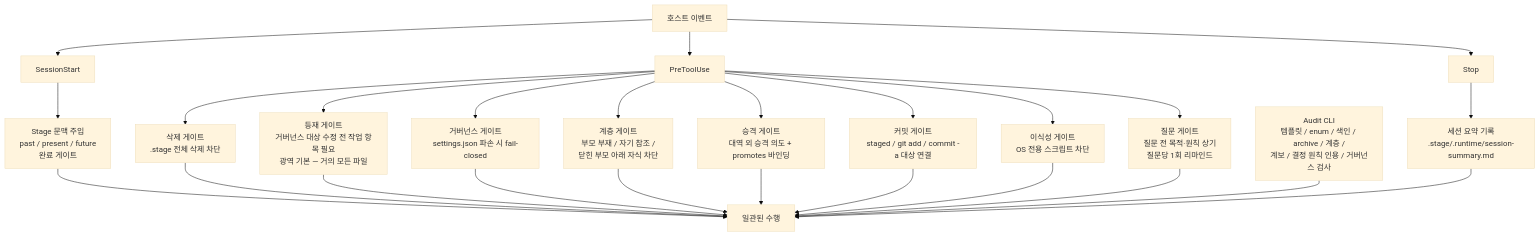
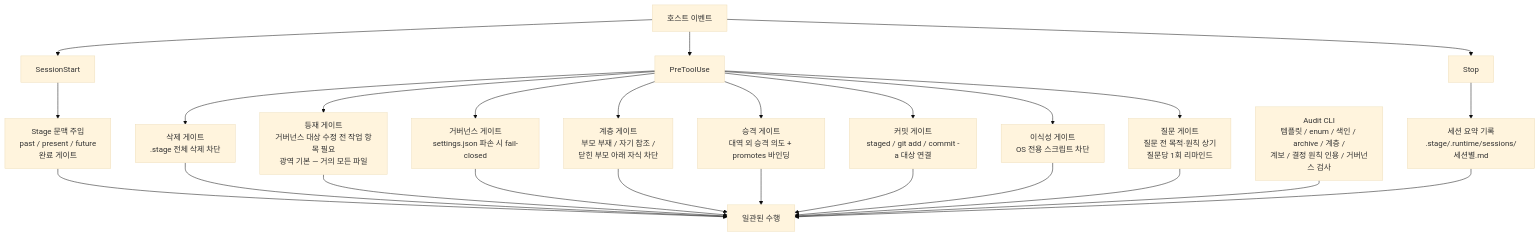
Diagram 16 of 16 in stage/docs/BLUEPRINT.md (noory-code/noory-ai), drawn with Mermaid (base theme) before and after one commit. The commit also changed 10 other files, not shown here.

First line of the commit message:
feat(stage): multi-session .runtime/ concurrency (P20)

````diff
--- a/stage/docs/BLUEPRINT.md
+++ b/stage/docs/BLUEPRINT.md
@@ -459,35 +459,35 @@
 ```mermaid
 flowchart TB
   Event["호스트 이벤트"]
 
   Event --> SessionStart["SessionStart"]
   Event --> PreToolUse["PreToolUse"]
   Event --> Stop["Stop"]
 
   SessionStart --> Inject["Stage 문맥 주입\npast / present / future\n완료 게이트"]
 
   PreToolUse --> DeleteGate["삭제 게이트\n.stage 전체 삭제 차단"]
   PreToolUse --> RegistrationGate["등재 게이트\n거버넌스 대상 수정 전 작업 항목 필요\n광역 기본 — 거의 모든 파일"]
   PreToolUse --> GovernanceGate["거버넌스 게이트\nsettings.json 파손 시 fail-closed"]
   PreToolUse --> HierarchyGate["계층 게이트\n부모 부재 / 자기 참조 /\n닫힌 부모 아래 자식 차단"]
   PreToolUse --> PromotionGate["승격 게이트\n대역 외 승격 의도 + promotes 바인딩"]
   PreToolUse --> CommitGate["커밋 게이트\nstaged / git add / commit -a 대상 연결"]
   PreToolUse --> PortabilityGate["이식성 게이트\nOS 전용 스크립트 차단"]
   PreToolUse --> QuestionReminder["질문 게이트\n질문 전 목적·원칙 상기\n질문당 1회 리마인드"]
 
   Audit["Audit CLI\n템플릿 / enum / 색인 / archive / 계층 /\n계보 / 결정 원칙 인용 / 거버넌스 검사"]
 
-  Stop --> Summary["세션 요약 기록\n.stage/.runtime/session-summary.md"]
+  Stop --> Summary["세션 요약 기록\n.stage/.runtime/sessions/세션별.md"]
 
   Inject --> Execution["일관된 수행"]
   DeleteGate --> Execution
   RegistrationGate --> Execution
   GovernanceGate --> Execution
   HierarchyGate --> Execution
   PromotionGate --> Execution
   CommitGate --> Execution
   PortabilityGate --> Execution
   QuestionReminder --> Execution
   Audit --> Execution
   Summary --> Execution
 ```
````
